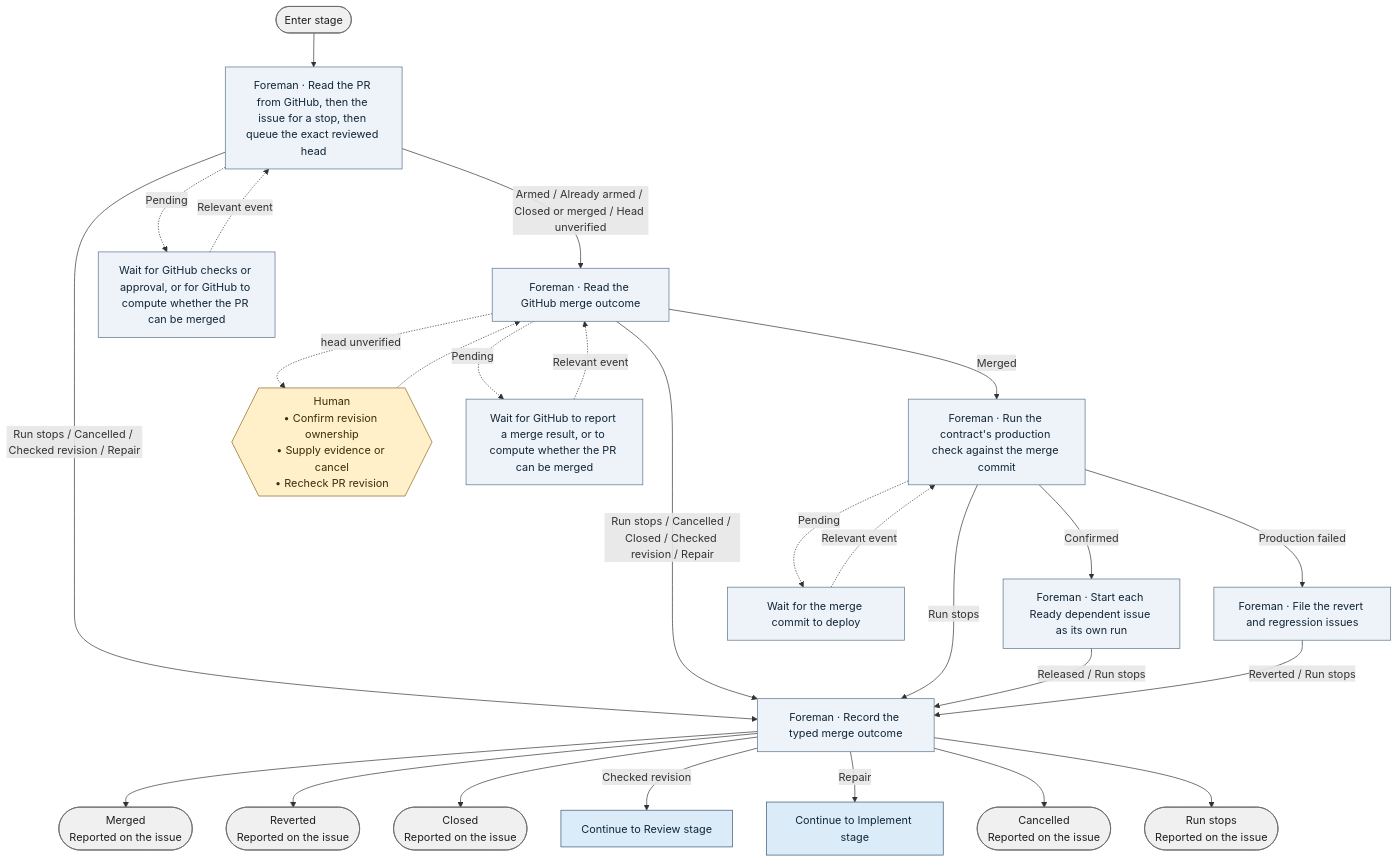
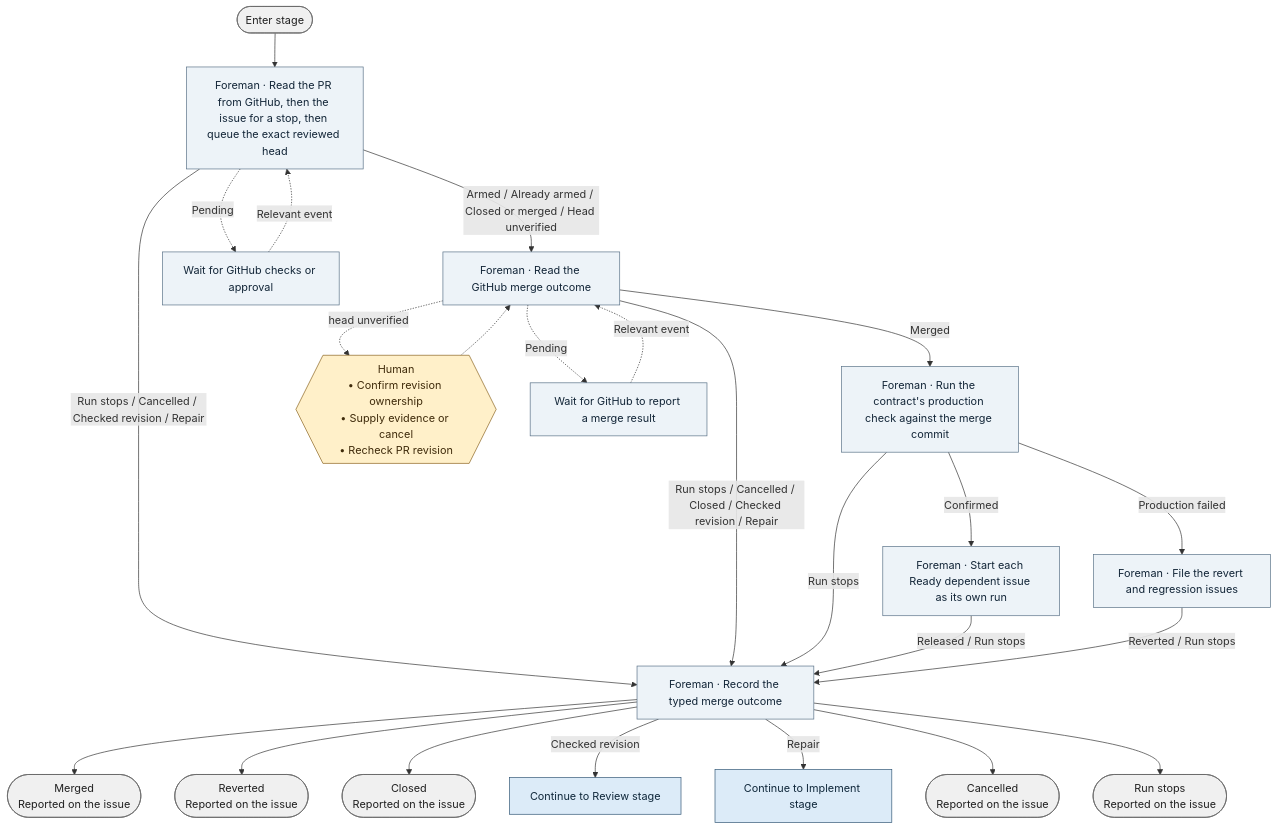
The diagram in docs/graph/blueprint/views/stages/merge.mmd (bookout-labs/tools), drawn with Mermaid before and after one commit. The commit also changed 6 other files, not shown here.

Commit message:
Draw which GitHub deliveries wake a run waiting in merge (#380)

```diff
--- a/docs/graph/blueprint/views/stages/merge.mmd
+++ b/docs/graph/blueprint/views/stages/merge.mmd
@@ -1,49 +1,46 @@
 flowchart TD
     n0(["Enter stage"]):::terminal
     n1["Foreman · Read the PR from GitHub, then the issue for a stop, then queue the exact reviewed head"]:::step
     n2["Foreman · Read the GitHub merge outcome"]:::step
     n3["Foreman · Run the contract's production check against the merge commit"]:::step
     n4["Foreman · Start each Ready dependent issue as its own run"]:::step
     n5["Foreman · File the revert and regression issues"]:::step
     n6["Foreman · Record the typed merge outcome"]:::step
     n7(["Merged<br/>Reported on the issue"]):::terminal
     n8(["Reverted<br/>Reported on the issue"]):::terminal
     n9(["Closed<br/>Reported on the issue"]):::terminal
     n10["Continue to Review stage"]:::stage
     n11["Continue to Implement stage"]:::stage
     n12(["Cancelled<br/>Reported on the issue"]):::terminal
     n13(["Run stops<br/>Reported on the issue"]):::terminal
     n14{{"Human<br/>• Confirm revision ownership<br/>• Supply evidence or cancel<br/>• Recheck PR revision"}}:::gate
-    n15["Wait for GitHub checks or approval, or for GitHub to compute whether the PR can be merged"]:::step
-    n16["Wait for GitHub to report a merge result, or to compute whether the PR can be merged"]:::step
-    n17["Wait for the merge commit to deploy"]:::step
+    n15["Wait for GitHub checks or approval"]:::step
+    n16["Wait for GitHub to report a merge result"]:::step
     n0 --> n1
     n1 -->|"Run stops / Cancelled / Checked revision / Repair"| n6
     n1 -->|"Armed / Already armed / Closed or merged / Head unverified"| n2
     n2 -->|"Run stops / Cancelled / Closed / Checked revision / Repair"| n6
     n2 -->|"Merged"| n3
     n3 -->|"Confirmed"| n4
     n3 -->|"Production failed"| n5
     n3 -->|"Run stops"| n6
     n4 -->|"Released / Run stops"| n6
     n5 -->|"Reverted / Run stops"| n6
     n6 --> n7
     n6 --> n8
     n6 --> n9
     n6 -->|"Checked revision"| n10
     n6 -->|"Repair"| n11
     n6 --> n12
     n6 --> n13
     n2 -.->|"head unverified"| n14
     n14 -.-> n2
     n1 -.->|"Pending"| n15
     n15 -.->|"Relevant event"| n1
     n2 -.->|"Pending"| n16
     n16 -.->|"Relevant event"| n2
-    n3 -.->|"Pending"| n17
-    n17 -.->|"Relevant event"| n3
     classDef stage fill:#dcebf8,stroke:#315675,color:#10283b
     classDef step fill:#edf3f8,stroke:#597187,color:#132638
     classDef worker fill:#d7f0e8,stroke:#357369,color:#133c36
     classDef gate fill:#fff0c9,stroke:#89641f,color:#3f2b0b
     classDef terminal fill:#f0f0f0,stroke:#666666,color:#202020
```
